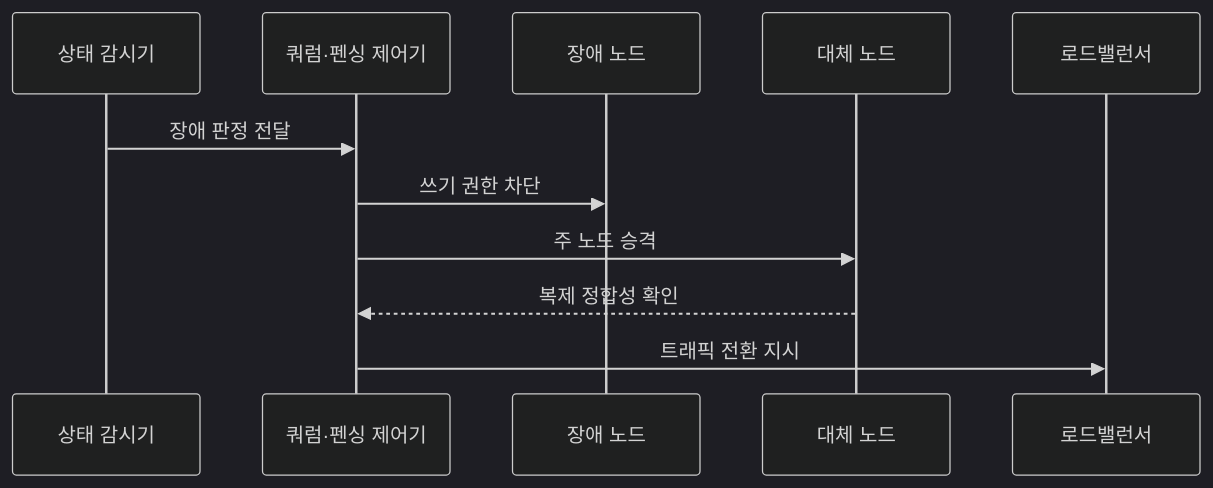
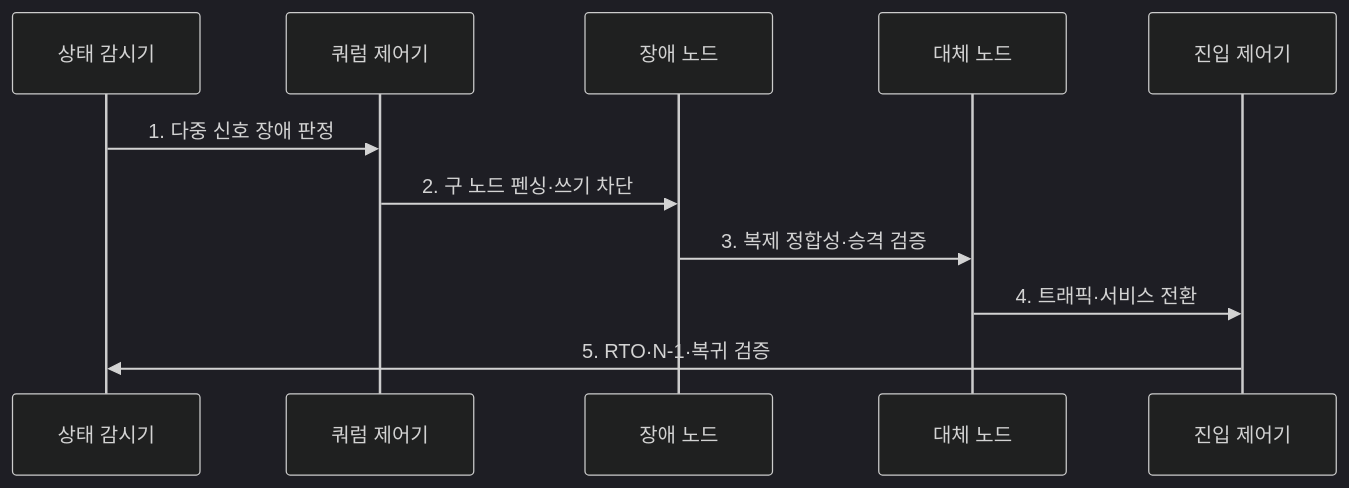
The second of 2 diagrams in src/content/docs/notes/06-evaluation/017_high_availability_architecture.md (agnusdei1207/knowledge-base), drawn with Mermaid (dark theme) before and after one commit. The commit also changed other lines of this file and 6 other files, not shown here.

````diff
--- a/src/content/docs/notes/06-evaluation/017_high_availability_architecture.md
+++ b/src/content/docs/notes/06-evaluation/017_high_availability_architecture.md
@@ -87,13 +84,13 @@
 ```mermaid
 sequenceDiagram
-    participant M as 상태 감시기
-    participant Q as 쿼럼·펜싱 제어기
-    participant F as 장애 노드
-    participant S as 대체 노드
-    participant L as 로드밸런서
-    M->>Q: 장애 판정 전달
-    Q->>F: 쓰기 권한 차단
-    Q->>S: 주 노드 승격
-    S-->>Q: 복제 정합성 확인
-    Q->>L: 트래픽 전환 지시
+  participant M as 상태 감시기
+  participant Q as 쿼럼 제어기
+  participant F as 장애 노드
+  participant S as 대체 노드
+  participant L as 진입 제어기
+  M->>Q: 1. 다중 신호 장애 판정
+  Q->>F: 2. 구 노드 펜싱·쓰기 차단
+  F->>S: 3. 복제 정합성·승격 검증
+  S->>L: 4. 트래픽·서비스 전환
+  L->>M: 5. RTO·N-1·복귀 검증
 ```
````
